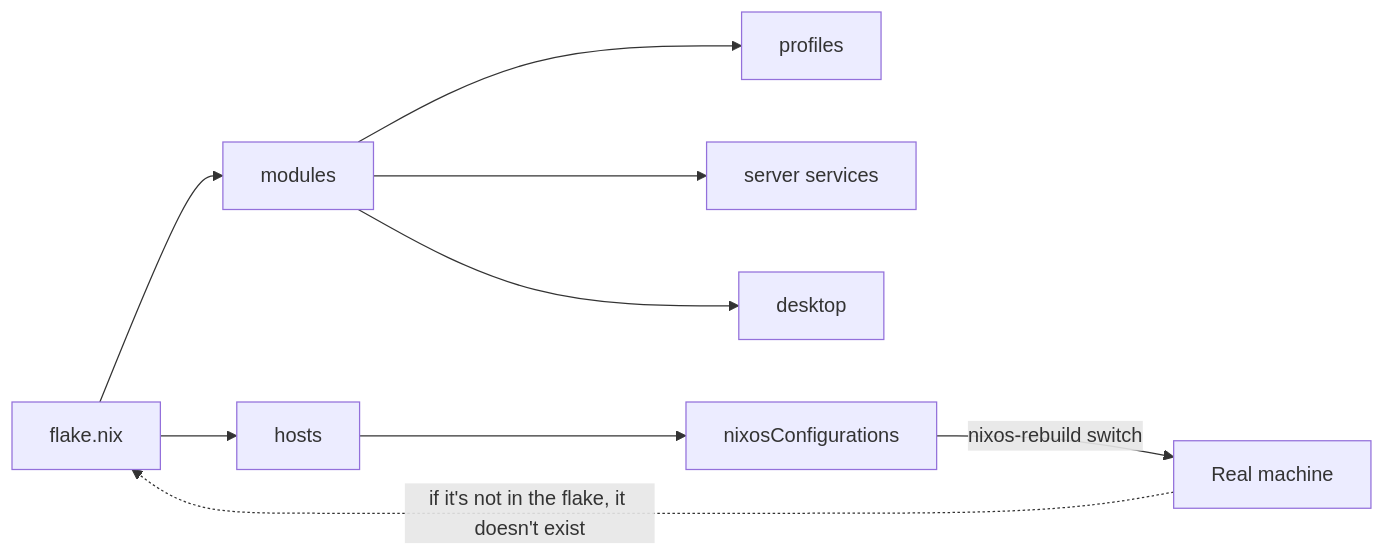
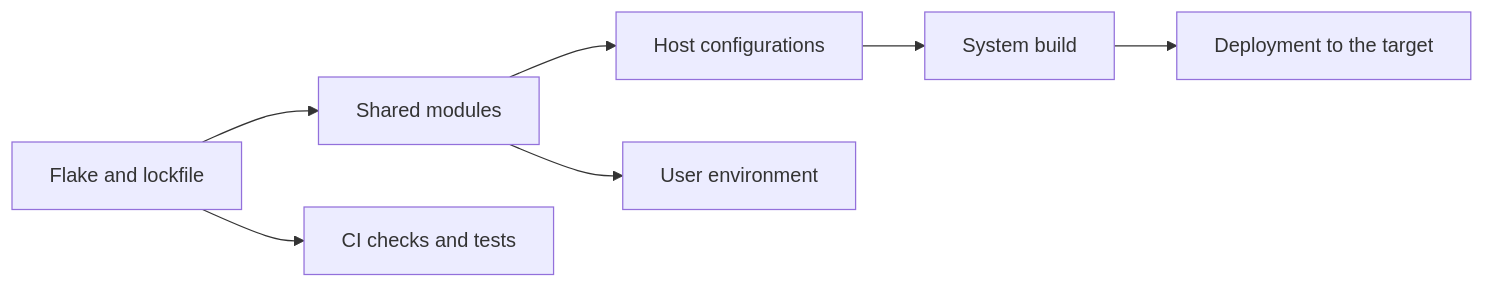
Before and after one commit to Strange500/nextPortfolio: the diagram in data/posts/en/nixos-2026-reproducible.mdx, drawn with Mermaid. The commit also changed other lines of this file and 26 other files, not shown here.

````diff
--- a/data/posts/en/nixos-2026-reproducible.mdx
+++ b/data/posts/en/nixos-2026-reproducible.mdx
@@ -38,11 +29,9 @@
 ```mermaid
 flowchart LR
-    F[flake.nix] --> H[hosts]
-    F --> M[modules]
-    M --> P[profiles]
-    M --> S[server services]
-    M --> D[desktop]
-    H --> R[nixosConfigurations]
-    R --> |nixos-rebuild switch| X[Real machine]
-    X -. "if it's not in the flake, it doesn't exist" .-> F
+    F[Flake and lockfile] --> M[Shared modules]
+    M --> H[Host configurations]
+    M --> U[User environment]
+    H --> B[System build]
+    F --> C[CI checks and tests]
+    B --> D[Deployment to the target]
 ```
````
